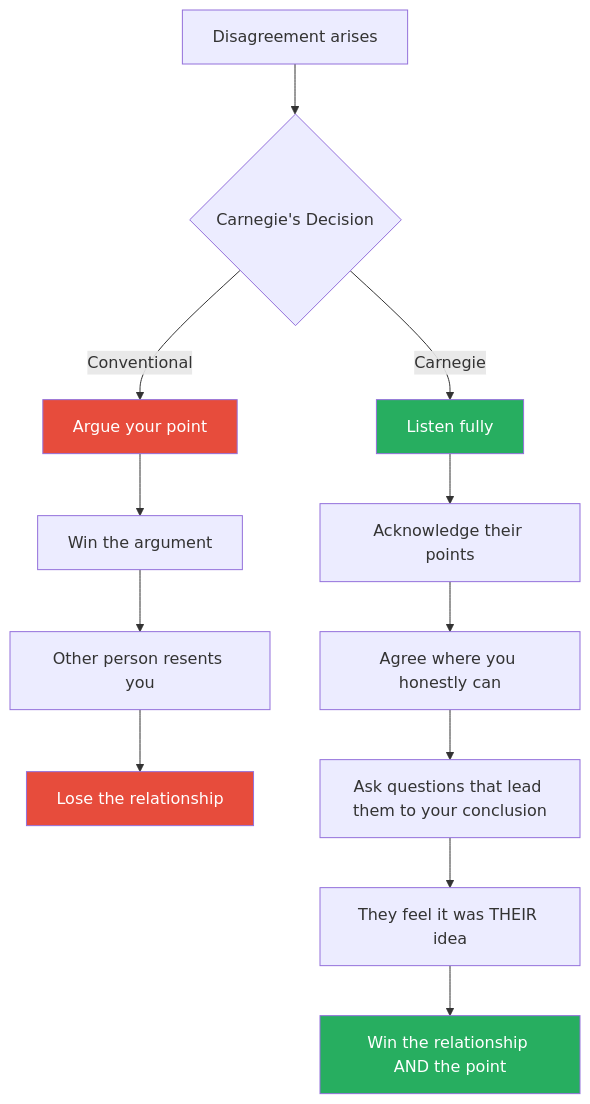
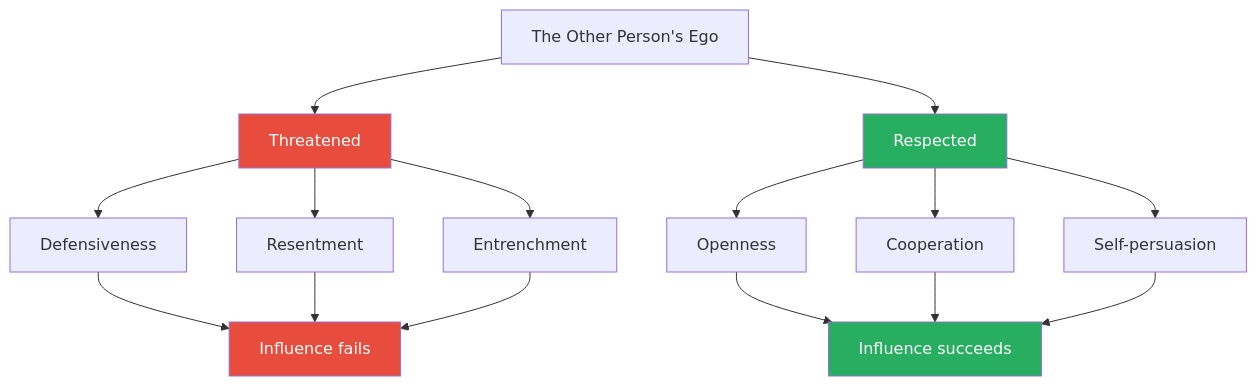
One commit to alius33/reader changed the seventh of 10 diagrams in summaries/Power & Influence/How to Win Friends and Influence People - Dale Carnegie.md. Above: the diagram before and after it, drawn with Mermaid. The commit also changed other lines of this file and 272 other files, not shown here.

````diff
--- a/summaries/Power & Influence/How to Win Friends and Influence People - Dale Carnegie.md
+++ b/summaries/Power & Influence/How to Win Friends and Influence People - Dale Carnegie.md
@@ -142,18 +1610,21 @@
 ```mermaid
 flowchart TD
-    A["Disagreement arises"] --> B{"Carnegie's Decision"}
-    B -->|"Conventional"| C["Argue your point"]
-    C --> D["Win the argument"]
-    D --> E["Other person resents you"]
-    E --> F["Lose the relationship"]
-    B -->|"Carnegie"| G["Listen fully"]
-    G --> H["Acknowledge their points"]
-    H --> I["Agree where you honestly can"]
-    I --> J["Ask questions that lead them to your conclusion"]
-    J --> K["They feel it was THEIR idea"]
-    K --> L["Win the relationship AND the point"]
-    style C fill:#e74c3c,color:#fff
-    style F fill:#e74c3c,color:#fff
-    style G fill:#27ae60,color:#fff
-    style L fill:#27ae60,color:#fff
+    A["The Other Person's Ego"] --> B["Threatened"]
+    A --> C["Respected"]
+    B --> D["Defensiveness"]
+    B --> E["Resentment"]
+    B --> F["Entrenchment"]
+    C --> G["Openness"]
+    C --> H["Cooperation"]
+    C --> I["Self-persuasion"]
+    D --> J["Influence fails"]
+    E --> J
+    F --> J
+    G --> K["Influence succeeds"]
+    H --> K
+    I --> K
+    style B fill:#e74c3c,color:#fff
+    style J fill:#e74c3c,color:#fff
+    style C fill:#27ae60,color:#fff
+    style K fill:#27ae60,color:#fff
 ```
````
